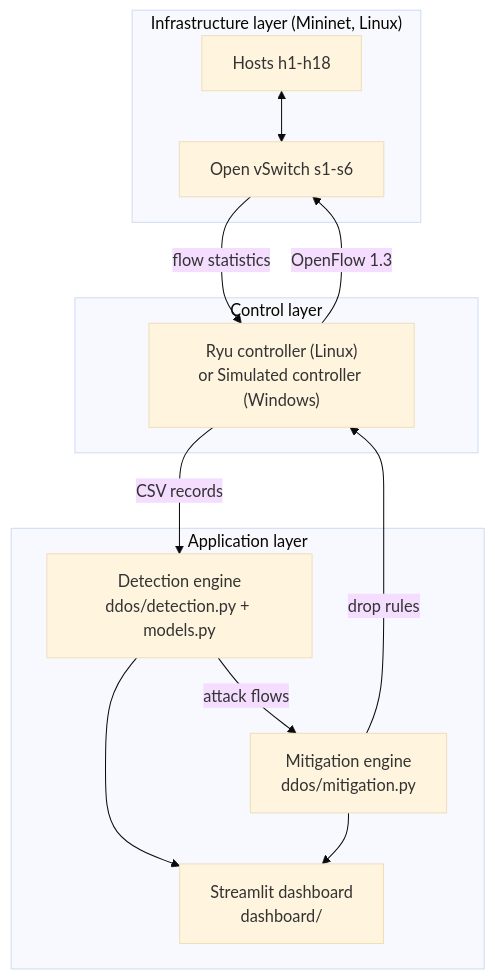
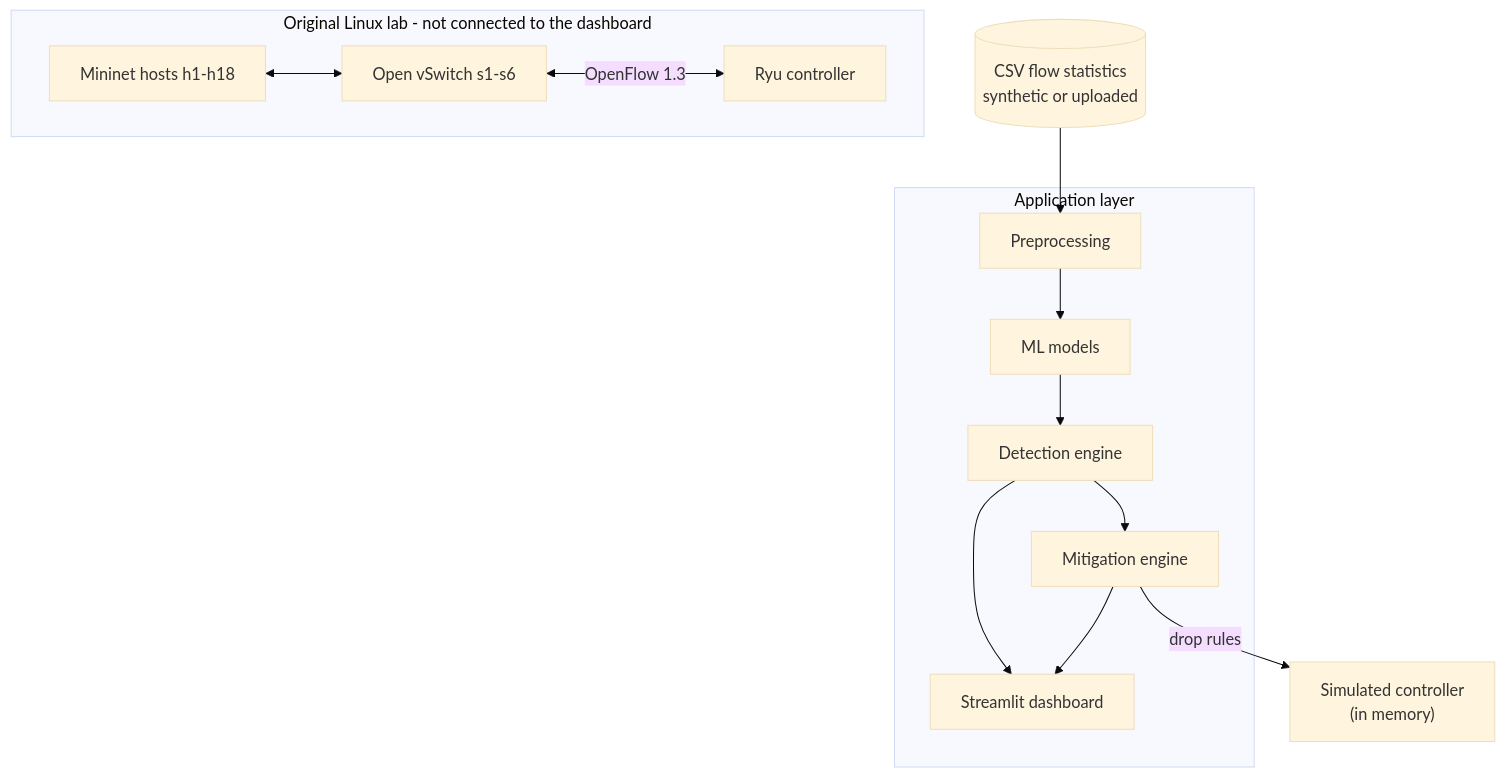
The first of 2 diagrams in README.md (nnaidev02Amer/Live-DDoS-Detection-91), drawn with Mermaid (base theme) before and after one commit. The commit also changed other lines of this file and 7 other files, not shown here.

````diff
--- a/README.md
+++ b/README.md
@@ -63,21 +87,17 @@
 ```mermaid
 flowchart TB
-    subgraph Infrastructure["Infrastructure layer (Mininet, Linux)"]
-        H[Hosts h1-h18] <--> S[Open vSwitch s1-s6]
+    subgraph Application["Application layer"]
+        P[Preprocessing] --> ML[ML models]
+        ML --> D[Detection engine]
+        D --> M[Mitigation engine]
+        D --> UI[Streamlit dashboard]
+        M --> UI
     end
-    subgraph Control["Control layer"]
-        C["Ryu controller (Linux)<br/>or Simulated controller (Windows)"]
+    CSV[("CSV flow statistics<br/>synthetic or uploaded")] --> P
+    M -- drop rules --> SIM["Simulated controller<br/>(in memory)"]
+
+    subgraph Lab["Original Linux lab - not connected to the dashboard"]
+        H[Mininet hosts h1-h18] <--> S[Open vSwitch s1-s6]
+        S <-- OpenFlow 1.3 --> R[Ryu controller]
     end
-    subgraph Application["Application layer"]
-        D["Detection engine<br/>ddos/detection.py + models.py"]
-        M["Mitigation engine<br/>ddos/mitigation.py"]
-        UI["Streamlit dashboard<br/>dashboard/"]
-    end
-    S -- flow statistics --> C
-    C -- CSV records --> D
-    D -- attack flows --> M
-    M -- drop rules --> C
-    C -- OpenFlow 1.3 --> S
-    D --> UI
-    M --> UI
 ```
````
